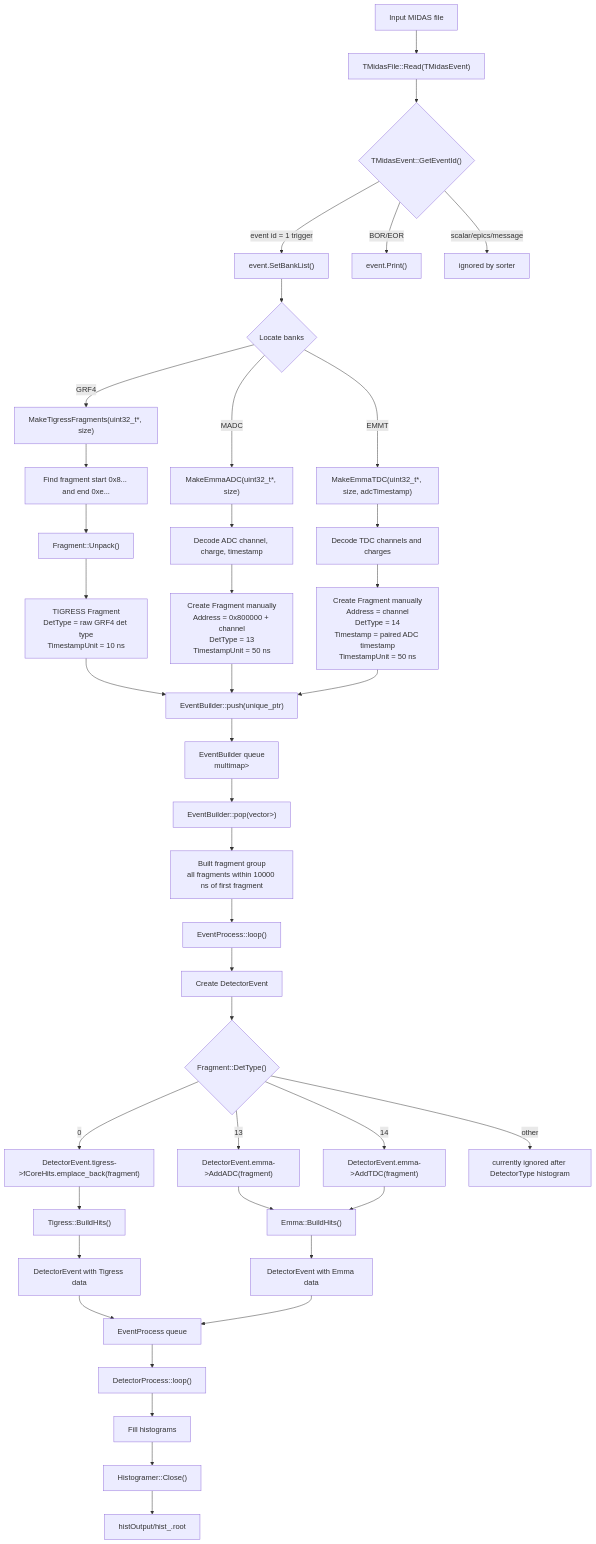
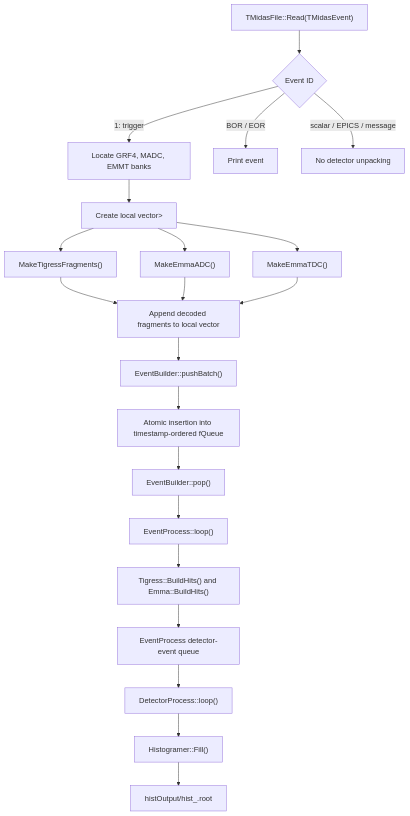
One commit to RHYME11/S2426Sort changed the first of 2 diagrams in README.md. Above: the diagram before and after it, drawn with Mermaid. The commit also changed other lines of this file and 4 other files, not shown here.

Commit message:
Unpack logic changed: push all fragments to fQueue after unpacking the entire TMidas event

````diff
--- a/README.md
+++ b/README.md
@@ -62,55 +90,26 @@
 ```mermaid
 flowchart TD
-  A["Input MIDAS file"] --> B["TMidasFile::Read(TMidasEvent)"]
-  B --> C{"TMidasEvent::GetEventId()"}
+  A["TMidasFile::Read(TMidasEvent)"] --> B{"Event ID"}
+  B -->|"1: trigger"| C["Locate GRF4, MADC, EMMT banks"]
+  B -->|"BOR / EOR"| D["Print event"]
+  B -->|"scalar / EPICS / message"| E["No detector unpacking"]
 
-  C -->|"event id = 1 trigger"| D["event.SetBankList()"]
-  C -->|"BOR/EOR"| E["event.Print()"]
-  C -->|"scalar/epics/message"| F["ignored by sorter"]
+  C --> F["Create local vector<unique_ptr<Fragment>>"]
+  F --> G["MakeTigressFragments()"]
+  F --> H["MakeEmmaADC()"]
+  F --> I["MakeEmmaTDC()"]
 
-  D --> G{"Locate banks"}
-  G -->|"GRF4"| H["MakeTigressFragments(uint32_t*, size)"]
-  G -->|"MADC"| I["MakeEmmaADC(uint32_t*, size)"]
-  G -->|"EMMT"| J["MakeEmmaTDC(uint32_t*, size, adcTimestamp)"]
+  G --> J["Append decoded fragments to local vector"]
+  H --> J
+  I --> J
 
-  H --> H1["Find fragment start 0x8... and end 0xe..."]
-  H1 --> H2["Fragment::Unpack()"]
-  H2 --> H3["TIGRESS Fragment\nDetType = raw GRF4 det type\nTimestampUnit = 10 ns"]
-
-  I --> I1["Decode ADC channel, charge, timestamp"]
-  I1 --> I2["Create Fragment manually\nAddress = 0x800000 + channel\nDetType = 13\nTimestampUnit = 50 ns"]
-
-  J --> J1["Decode TDC channels and charges"]
-  J1 --> J2["Create Fragment manually\nAddress = channel\nDetType = 14\nTimestamp = paired ADC timestamp\nTimestampUnit = 50 ns"]
-
-  H3 --> K["EventBuilder::push(unique_ptr<Fragment>)"]
-  I2 --> K
-  J2 --> K
-
-  K --> L["EventBuilder queue\nmultimap<timestampNs, unique_ptr<Fragment>>"]
-  L --> M["EventBuilder::pop(vector<unique_ptr<Fragment>>)"]
-  M --> N["Built fragment group\nall fragments within 10000 ns of first fragment"]
-
-  N --> O["EventProcess::loop()"]
-  O --> P["Create DetectorEvent"]
-  P --> Q{"Fragment::DetType()"}
-
-  Q -->|"0"| R["DetectorEvent.tigress->fCoreHits.emplace_back(fragment)"]
-  Q -->|"13"| S["DetectorEvent.emma->AddADC(fragment)"]
-  Q -->|"14"| T["DetectorEvent.emma->AddTDC(fragment)"]
-  Q -->|"other"| U["currently ignored after DetectorType histogram"]
-
-  R --> V["Tigress::BuildHits()"]
-  S --> W["Emma::BuildHits()"]
-  T --> W
-
-  V --> X["DetectorEvent with Tigress data"]
-  W --> Y["DetectorEvent with Emma data"]
-  X --> Z["EventProcess queue"]
-  Y --> Z
-
-  Z --> AA["DetectorProcess::loop()"]
-  AA --> AB["Fill histograms"]
-  AB --> AC["Histogramer::Close()"]
-  AC --> AD["histOutput/hist<run>_<subrun>.root"]
+  J --> K["EventBuilder::pushBatch()"]
+  K --> L["Atomic insertion into timestamp-ordered fQueue"]
+  L --> M["EventBuilder::pop()"]
+  M --> N["EventProcess::loop()"]
+  N --> O["Tigress::BuildHits() and Emma::BuildHits()"]
+  O --> P["EventProcess detector-event queue"]
+  P --> Q["DetectorProcess::loop()"]
+  Q --> R["Histogramer::Fill()"]
+  R --> S["histOutput/hist<run>_<subrun>.root"]
 ```
````
